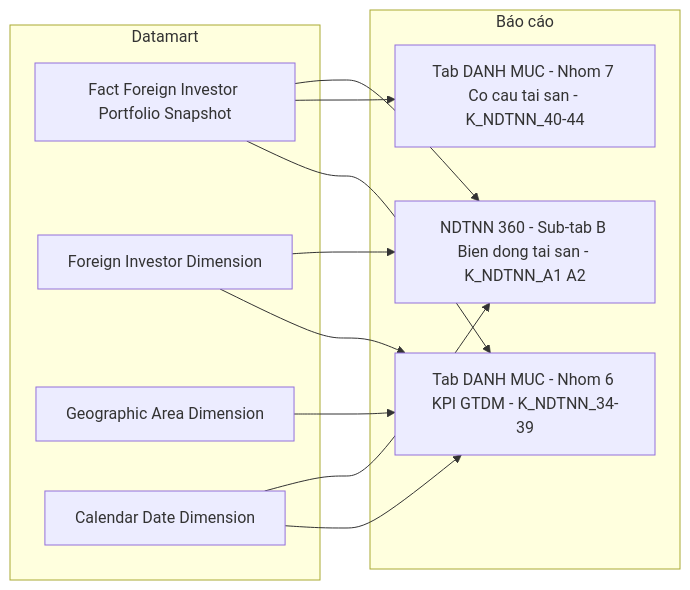
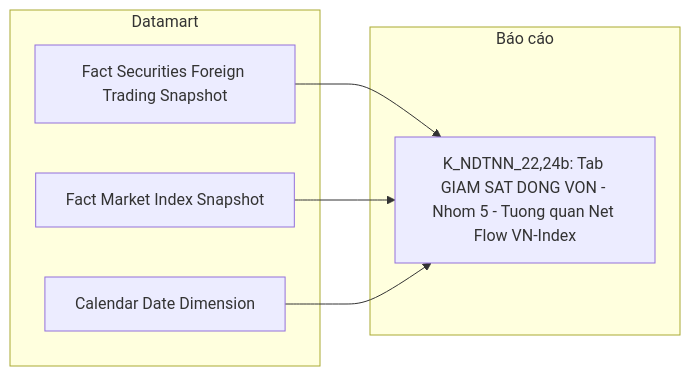
Diagram 13 of 28 in Datamart/hld/DTM_NDTNN_HLD.md (linhlvit/ubck_atomic_design), drawn with Mermaid before and after one commit. The commit also changed other lines of this file and 9 other files, not shown here.

````diff
--- a/Datamart/hld/DTM_NDTNN_HLD.md
+++ b/Datamart/hld/DTM_NDTNN_HLD.md
@@ -724,22 +599,14 @@
 ```mermaid
 flowchart LR
     subgraph Datamart["Datamart"]
-        G1["Fact Foreign Investor Portfolio Snapshot"]
-        G2["Foreign Investor Dimension"]
-        G3["Geographic Area Dimension"]
-        G4["Calendar Date Dimension"]
+        G1["Fact Securities Foreign Trading Snapshot"]
+        G2["Fact Market Index Snapshot"]
+        G3["Calendar Date Dimension"]
     end
     subgraph RPT["Báo cáo"]
-        R1["Tab DANH MUC - Nhom 6 KPI GTDM - K_NDTNN_34-39"]
-        R2["Tab DANH MUC - Nhom 7 Co cau tai san - K_NDTNN_40-44"]
-        R3["NDTNN 360 - Sub-tab B Bien dong tai san - K_NDTNN_A1 A2"]
+        R1["K_NDTNN_22,24b: Tab GIAM SAT DONG VON - Nhom 5 - Tuong quan Net Flow VN-Index"]
     end
     G1 --> R1
     G2 --> R1
     G3 --> R1
-    G4 --> R1
-    G1 --> R2
-    G1 --> R3
-    G2 --> R3
-    G4 --> R3
 ```
````
